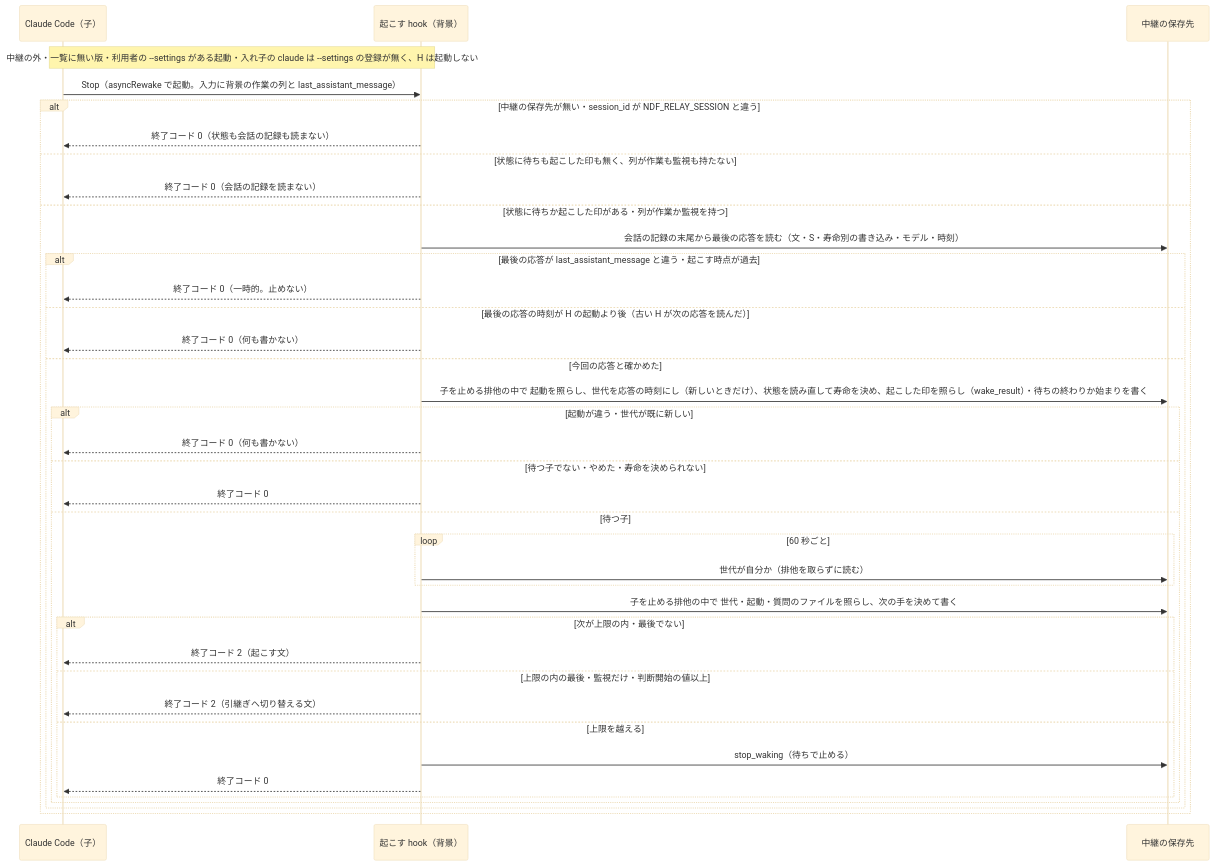
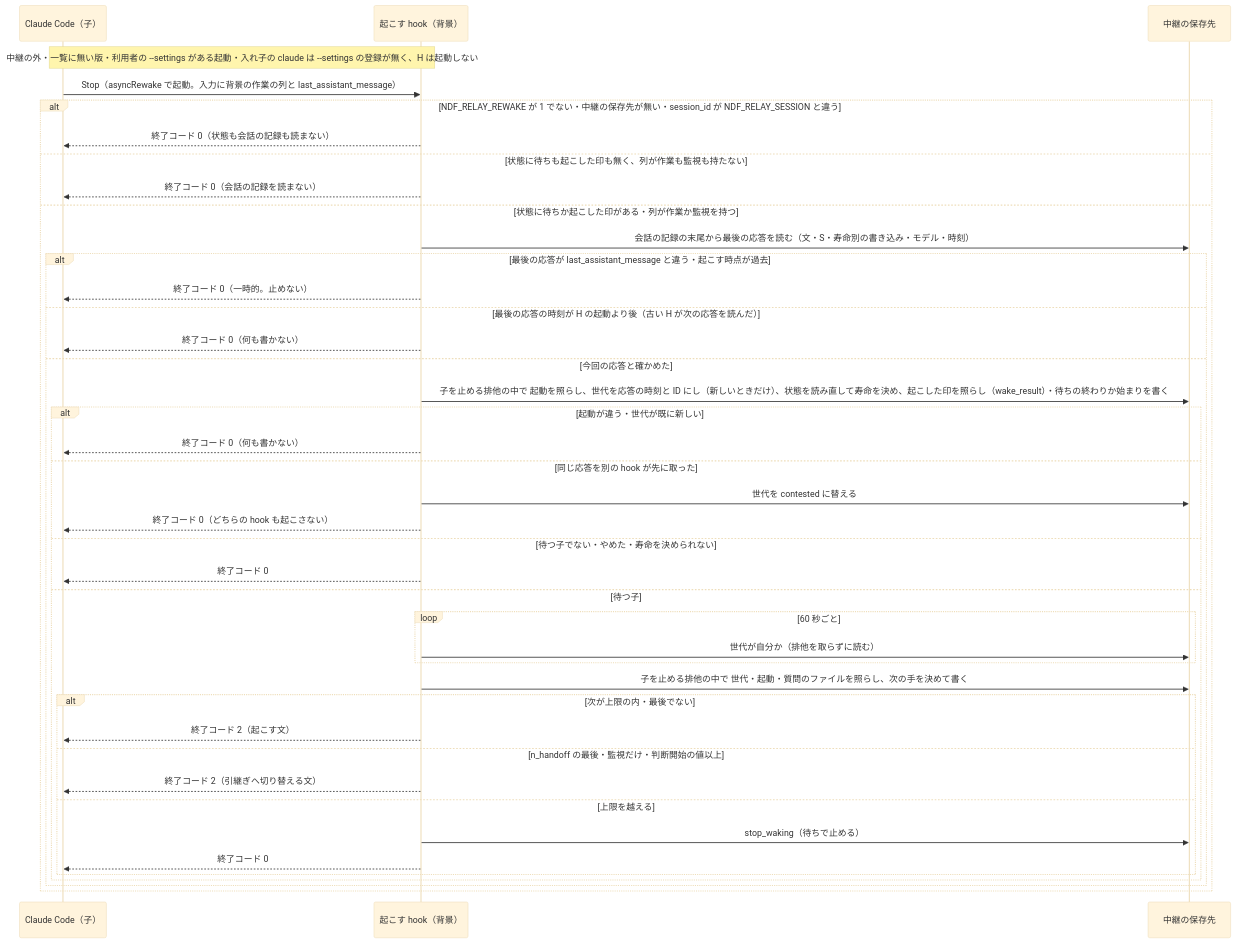
One commit to devbasex/ai-plugins changed the second of 2 diagrams in issues/issue-4068-4199-design.md. Above: the diagram before and after it, drawn with Mermaid (base theme). The commit also changed other lines of this file and 3 other files, not shown here.

````diff
--- a/issues/issue-4068-4199-design.md
+++ b/issues/issue-4068-4199-design.md
@@ -118,40 +119,43 @@
 ```mermaid
 sequenceDiagram
   participant CC as Claude Code（子）
   participant H as 起こす hook（背景）
   participant F as 中継の保存先
   Note over CC,H: 中継の外・一覧に無い版・利用者の --settings がある起動・入れ子の claude は --settings の登録が無く、H は起動しない
   CC->>H: Stop（asyncRewake で起動。入力に背景の作業の列と last_assistant_message）
-  alt 中継の保存先が無い・session_id が NDF_RELAY_SESSION と違う
+  alt NDF_RELAY_REWAKE が 1 でない・中継の保存先が無い・session_id が NDF_RELAY_SESSION と違う
     H-->>CC: 終了コード 0（状態も会話の記録も読まない）
   else 状態に待ちも起こした印も無く、列が作業も監視も持たない
     H-->>CC: 終了コード 0（会話の記録を読まない）
   else 状態に待ちか起こした印がある・列が作業か監視を持つ
     H->>F: 会話の記録の末尾から最後の応答を読む（文・S・寿命別の書き込み・モデル・時刻）
     alt 最後の応答が last_assistant_message と違う・起こす時点が過去
       H-->>CC: 終了コード 0（一時的。止めない）
     else 最後の応答の時刻が H の起動より後（古い H が次の応答を読んだ）
       H-->>CC: 終了コード 0（何も書かない）
     else 今回の応答と確かめた
-      H->>F: 子を止める排他の中で 起動を照らし、世代を応答の時刻にし（新しいときだけ）、状態を読み直して寿命を決め、起こした印を照らし（wake_result）・待ちの終わりか始まりを書く
+      H->>F: 子を止める排他の中で 起動を照らし、世代を応答の時刻と ID にし（新しいときだけ）、状態を読み直して寿命を決め、起こした印を照らし（wake_result）・待ちの終わりか始まりを書く
       alt 起動が違う・世代が既に新しい
         H-->>CC: 終了コード 0（何も書かない）
+      else 同じ応答を別の hook が先に取った
+        H->>F: 世代を contested に替える
+        H-->>CC: 終了コード 0（どちらの hook も起こさない）
       else 待つ子でない・やめた・寿命を決められない
         H-->>CC: 終了コード 0
       else 待つ子
         loop 60 秒ごと
           H->>F: 世代が自分か（排他を取らずに読む）
         end
         H->>F: 子を止める排他の中で 世代・起動・質問のファイルを照らし、次の手を決めて書く
         alt 次が上限の内・最後でない
           H-->>CC: 終了コード 2（起こす文）
-        else 上限の内の最後・監視だけ・判断開始の値以上
+        else n_handoff の最後・監視だけ・判断開始の値以上
           H-->>CC: 終了コード 2（引継ぎへ切り替える文）
         else 上限を越える
           H->>F: stop_waking（待ちで止める）
           H-->>CC: 終了コード 0
         end
       end
     end
   end
 ```
````
